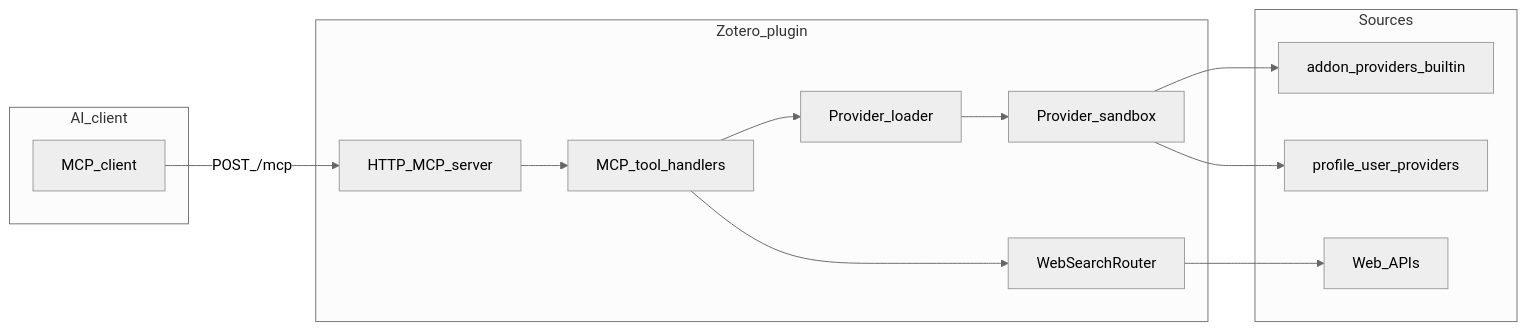
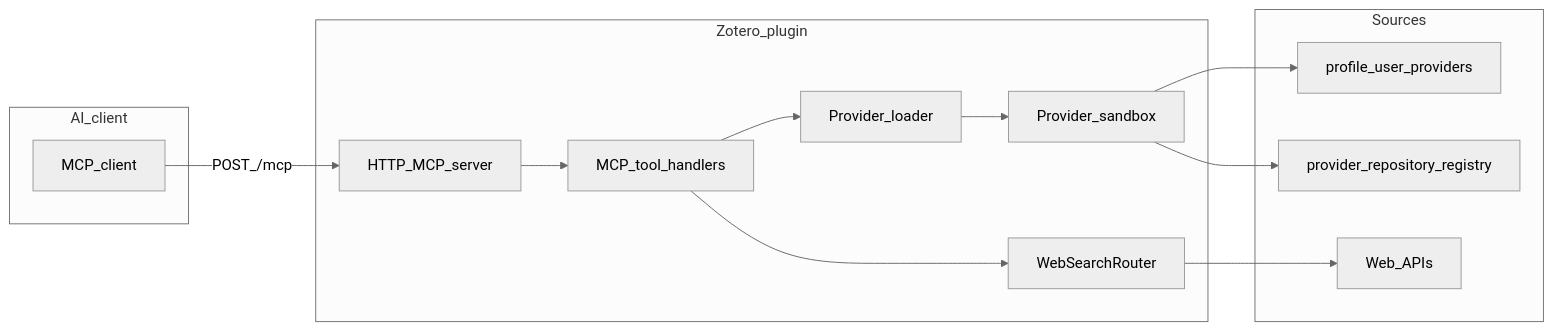
Before and after one commit to X-T-E-R/zotero-resource-search-mcp: the diagram in docs/DESIGN.md, drawn with Mermaid (neutral theme). The commit also changed other lines of this file and 84 other files, not shown here.

````diff
--- a/docs/DESIGN.md
+++ b/docs/DESIGN.md
@@ -17,26 +17,26 @@
 ```mermaid
 flowchart LR
   subgraph client [AI_client]
     MCP[MCP_client]
   end
   subgraph plugin [Zotero_plugin]
     HTTP[HTTP_MCP_server]
     Tools[MCP_tool_handlers]
     Loader[Provider_loader]
     Sandbox[Provider_sandbox]
     Web[WebSearchRouter]
   end
   subgraph sources [Sources]
-    Builtin[addon_providers_builtin]
     User[profile_user_providers]
+    Remote[provider_repository_registry]
     WebAPIs[Web_APIs]
   end
   MCP -->|POST_/mcp| HTTP
   HTTP --> Tools
   Tools --> Loader
   Tools --> Web
   Loader --> Sandbox
-  Sandbox --> Builtin
   Sandbox --> User
+  Sandbox --> Remote
   Web --> WebAPIs
 ```
````
